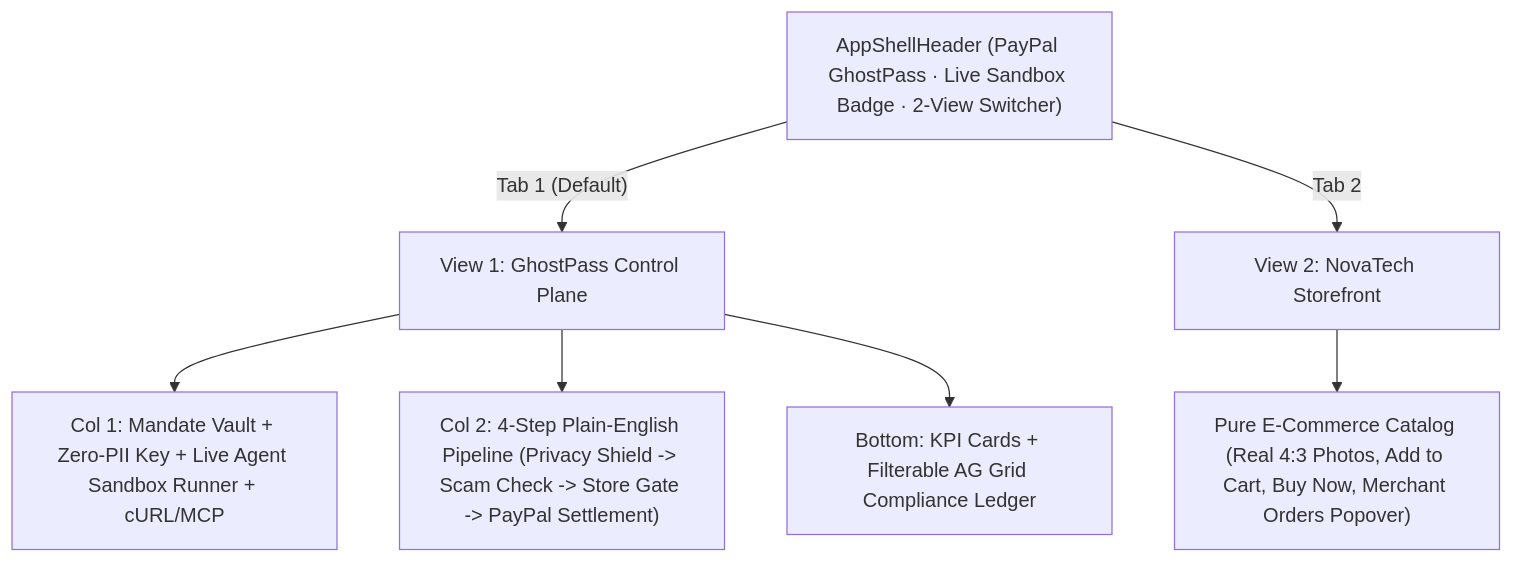
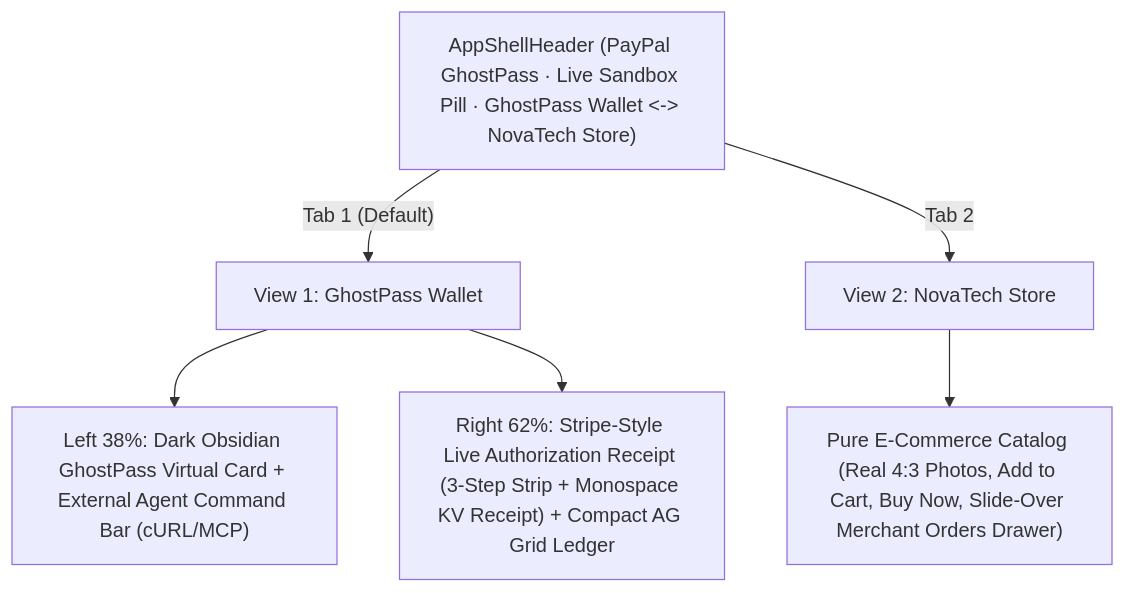
Before and after one commit to bhargava562/paypass-agent: the diagram in docs/03-UI-UX-AND-DEMO-BLUEPRINT.md, drawn with Mermaid. The commit also changed other lines of this file and 4 other files, not shown here.

Commit message:
refactor(ui): crisp fintech GhostPass Wallet, PaymentIntent authorization receipt, compact AG Grid ledger, and Merchant Orders drawer

````diff
--- a/docs/03-UI-UX-AND-DEMO-BLUEPRINT.md
+++ b/docs/03-UI-UX-AND-DEMO-BLUEPRINT.md
@@ -9,12 +9,11 @@
 ```mermaid
 flowchart TD
-    Shell["AppShellHeader (PayPal GhostPass · Live Sandbox Badge · 2-View Switcher)"]
-    Shell -->|"Tab 1 (Default)"| CP["View 1: GhostPass Control Plane"]
-    Shell -->|"Tab 2"| Store["View 2: NovaTech Storefront"]
+    Shell["AppShellHeader (PayPal GhostPass · Live Sandbox Pill · GhostPass Wallet <-> NovaTech Store)"]
+    Shell -->|"Tab 1 (Default)"| Wallet["View 1: GhostPass Wallet"]
+    Shell -->|"Tab 2"| Store["View 2: NovaTech Store"]
 
-    CP --> Left["Col 1: Mandate Vault + Zero-PII Key + Live Agent Sandbox Runner + cURL/MCP"]
-    CP --> Right["Col 2: 4-Step Plain-English Pipeline (Privacy Shield -> Scam Check -> Store Gate -> PayPal Settlement)"]
-    CP --> Bottom["Bottom: KPI Cards + Filterable AG Grid Compliance Ledger"]
+    Wallet --> Left["Left 38%: Dark Obsidian GhostPass Virtual Card + External Agent Command Bar (cURL/MCP)"]
+    Wallet --> Right["Right 62%: Stripe-Style Live Authorization Receipt (3-Step Strip + Monospace KV Receipt) + Compact AG Grid Ledger"]
 
-    Store --> Retail["Pure E-Commerce Catalog (Real 4:3 Photos, Add to Cart, Buy Now, Merchant Orders Popover)"]
+    Store --> Retail["Pure E-Commerce Catalog (Real 4:3 Photos, Add to Cart, Buy Now, Slide-Over Merchant Orders Drawer)"]
 ```
````
